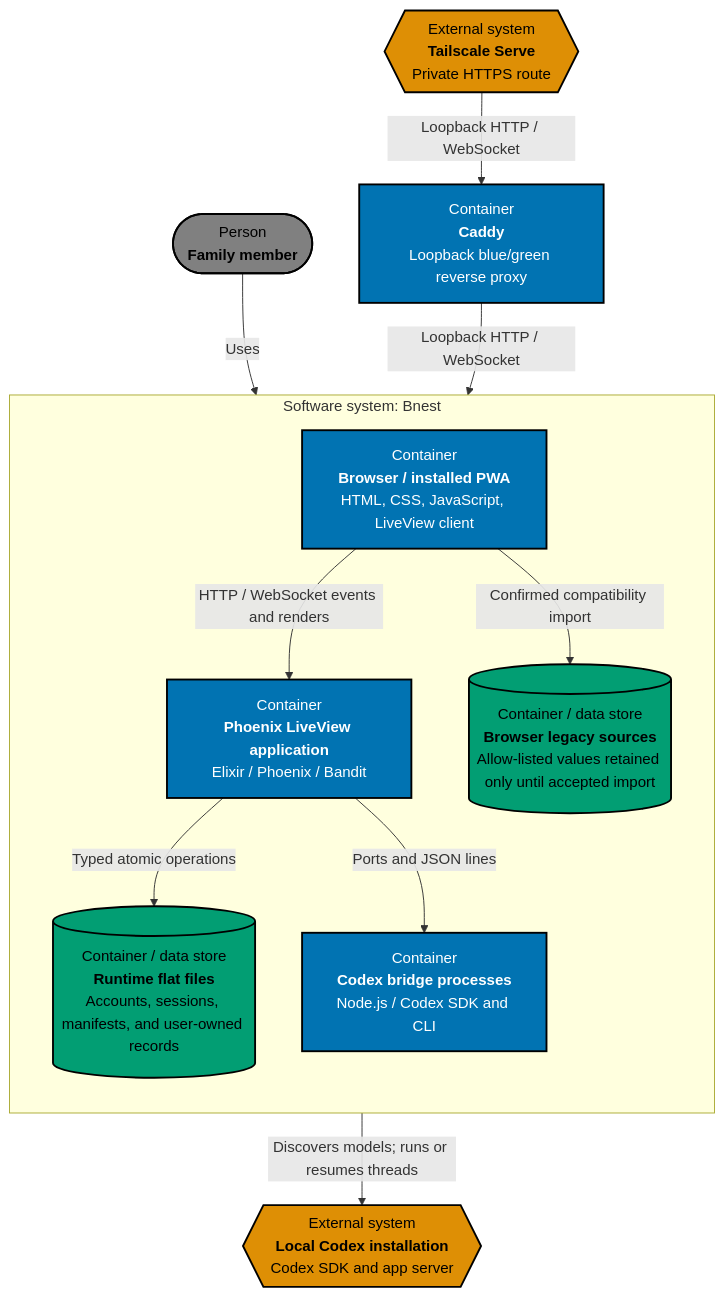
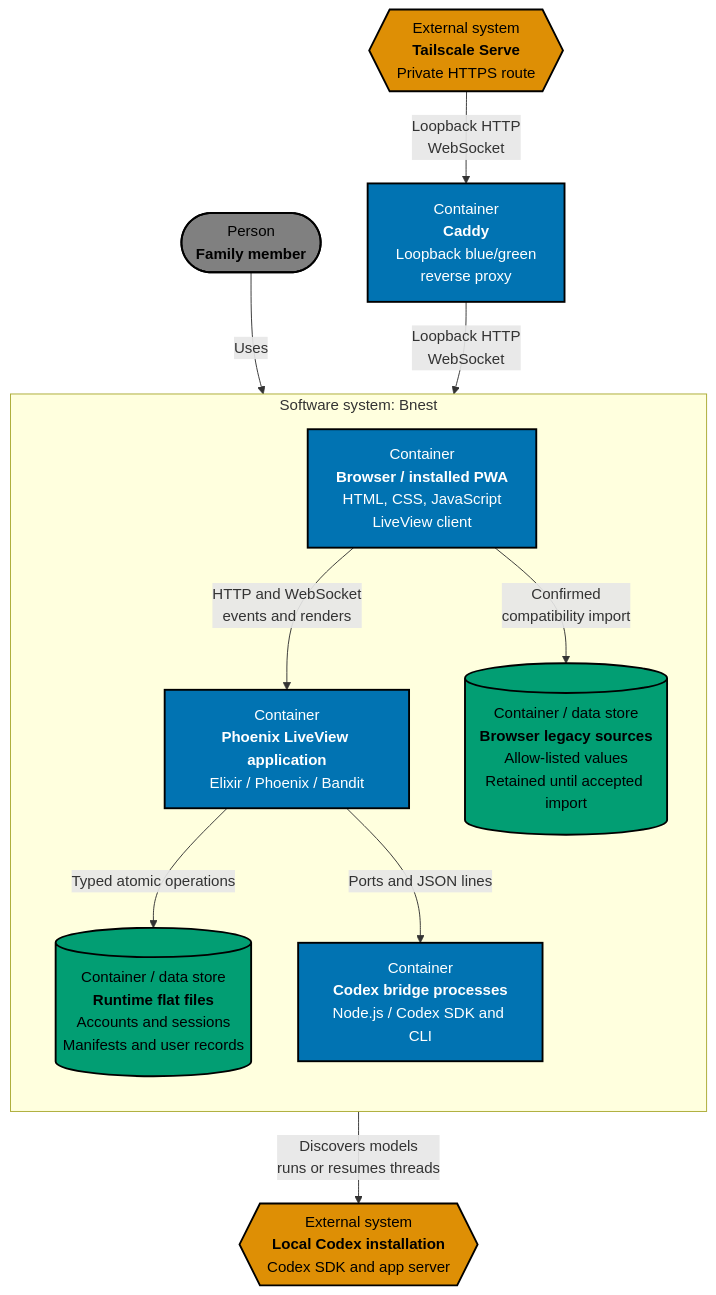
One commit to wahidyankf/beaver-nest changed the second of 5 diagrams in specs/apps/bnest/app/architecture.md. Above: the diagram before and after it, drawn with Mermaid. The commit also changed other lines of this file and 39 other files, not shown here.

````diff
--- a/specs/apps/bnest/app/architecture.md
+++ b/specs/apps/bnest/app/architecture.md
@@ -35,37 +35,37 @@
 ```mermaid
 %% Accessible palette: blue #0173B2, orange #DE8F05, teal #029E73, gray #808080
 flowchart TB
     visitor(["Person<br/><b>Family member</b>"])
     tailscale{{"External system<br/><b>Tailscale Serve</b><br/>Private HTTPS route"}}
-    caddy["Container<br/><b>Caddy</b><br/>Loopback blue/green reverse proxy"]
+    caddy["Container<br/><b>Caddy</b><br/>Loopback blue/green<br/>reverse proxy"]
     codex{{"External system<br/><b>Local Codex installation</b><br/>Codex SDK and app server"}}
 
     subgraph bnest["Software system: Bnest"]
         direction TB
-        browser["Container<br/><b>Browser / installed PWA</b><br/>HTML, CSS, JavaScript, LiveView client"]
-        legacy[("Container / data store<br/><b>Browser legacy sources</b><br/>Allow-listed values retained only until accepted import")]
+        browser["Container<br/><b>Browser / installed PWA</b><br/>HTML, CSS, JavaScript<br/>LiveView client"]
+        legacy[("Container / data store<br/><b>Browser legacy sources</b><br/>Allow-listed values<br/>Retained until accepted import")]
         phoenix["Container<br/><b>Phoenix LiveView application</b><br/>Elixir / Phoenix / Bandit"]
-        runtime[("Container / data store<br/><b>Runtime flat files</b><br/>Accounts, sessions, manifests, and user-owned records")]
+        runtime[("Container / data store<br/><b>Runtime flat files</b><br/>Accounts and sessions<br/>Manifests and user records")]
         bridge["Container<br/><b>Codex bridge processes</b><br/>Node.js / Codex SDK and CLI"]
 
-        browser -->|HTTP / WebSocket events and renders| phoenix
-        browser -->|Confirmed compatibility import| legacy
+        browser -->|HTTP and WebSocket<br/>events and renders| phoenix
+        browser -->|Confirmed<br/>compatibility import| legacy
         phoenix -->|Typed atomic operations| runtime
         phoenix -->|Ports and JSON lines| bridge
     end
 
     visitor -->|Uses| browser
-    tailscale -->|Loopback HTTP / WebSocket| caddy
-    caddy -->|Loopback HTTP / WebSocket| phoenix
-    bridge -->|Discovers models; runs or resumes threads| codex
+    tailscale -->|Loopback HTTP<br/>WebSocket| caddy
+    caddy -->|Loopback HTTP<br/>WebSocket| phoenix
+    bridge -->|Discovers models<br/>runs or resumes threads| codex
 
     classDef person fill:#808080,stroke:#000000,color:#000000,stroke-width:2px
     classDef container fill:#0173B2,stroke:#000000,color:#FFFFFF,stroke-width:2px
     classDef data fill:#029E73,stroke:#000000,color:#000000,stroke-width:2px
     classDef external fill:#DE8F05,stroke:#000000,color:#000000,stroke-width:2px
     class visitor person
     class browser,phoenix,bridge container
     class legacy,runtime data
     class tailscale,codex external
     class caddy container
 ```
````
